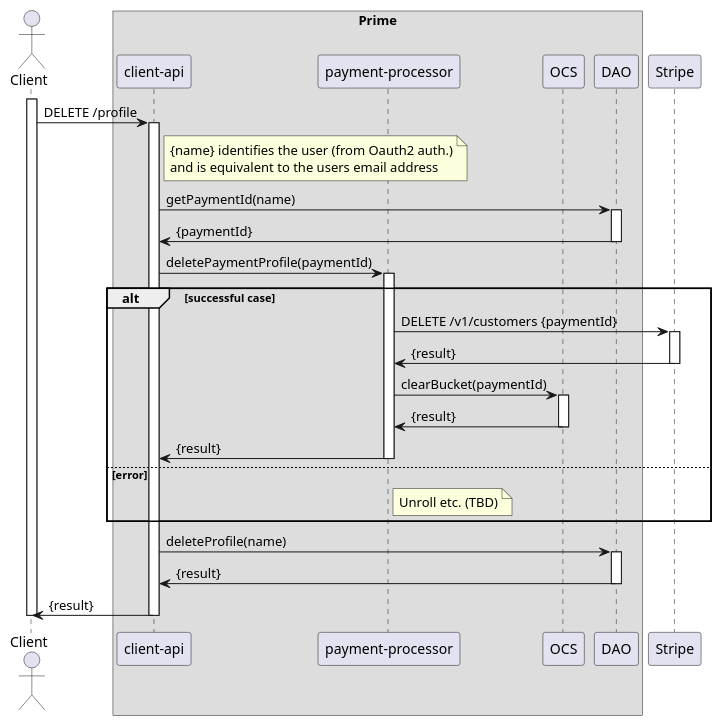
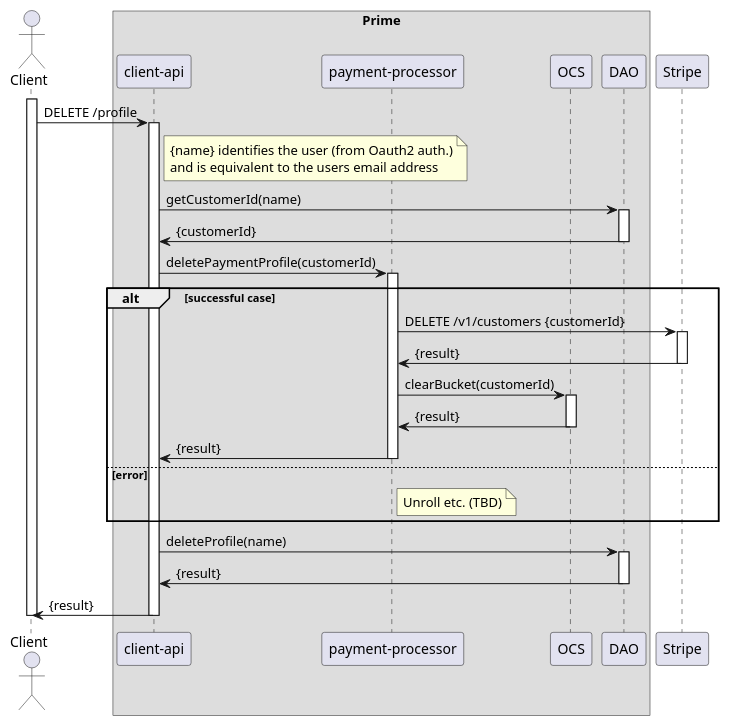
One commit to ostelco/ostelco-core changed the diagram in payment-processor/doc/puml/delete-subscription.puml. Above: the diagram before and after it, drawn with PlantUML. The commit also changed 15 other files, not shown here.

Commit message:
Renames 'paymentId' to 'customerId' to match Stripes terminiology

```diff
--- a/payment-processor/doc/puml/delete-subscription.puml
+++ b/payment-processor/doc/puml/delete-subscription.puml
@@ -1,60 +1,60 @@
 @startuml
 
 actor Client
 participant Client
 
 box "Prime"
     participant "client-api"
     participant "payment-processor"
     participant OCS
     participant DAO
 end box
 participant Stripe
 
 activate Client
 
     Client -> "client-api": DELETE /profile
     activate "client-api"
     note right of "client-api"
        {name} identifies the user (from Oauth2 auth.)
        and is equivalent to the users email address
     end note
 
-    "client-api" -> DAO : getPaymentId(name)
+    "client-api" -> DAO : getCustomerId(name)
     activate DAO
-    DAO -> "client-api" : {paymentId}
+    DAO -> "client-api" : {customerId}
     deactivate DAO
 
-    "client-api" -> "payment-processor" : deletePaymentProfile(paymentId)
+    "client-api" -> "payment-processor" : deletePaymentProfile(customerId)
     activate "payment-processor"
 
     alt successful case
-        "payment-processor" -> Stripe : DELETE /v1/customers {paymentId}
+        "payment-processor" -> Stripe : DELETE /v1/customers {customerId}
         activate Stripe
         "Stripe" -> "payment-processor" : {result}
         deactivate Stripe
 
-        "payment-processor" -> OCS : clearBucket(paymentId)
+        "payment-processor" -> OCS : clearBucket(customerId)
         activate OCS
         OCS -> "payment-processor" : {result}
         deactivate OCS
 
         "payment-processor" -> "client-api" : {result}
         deactivate "payment-processor"
 
     else error
         note right of "payment-processor" : Unroll etc. (TBD)
 
     end
 
     "client-api" -> DAO : deleteProfile(name)
     activate DAO
     DAO -> "client-api" : {result}
     deactivate DAO
 
     "client-api" -> Client : {result}
     deactivate "client-api"
 
 deactivate Client
 
 @enduml
```
